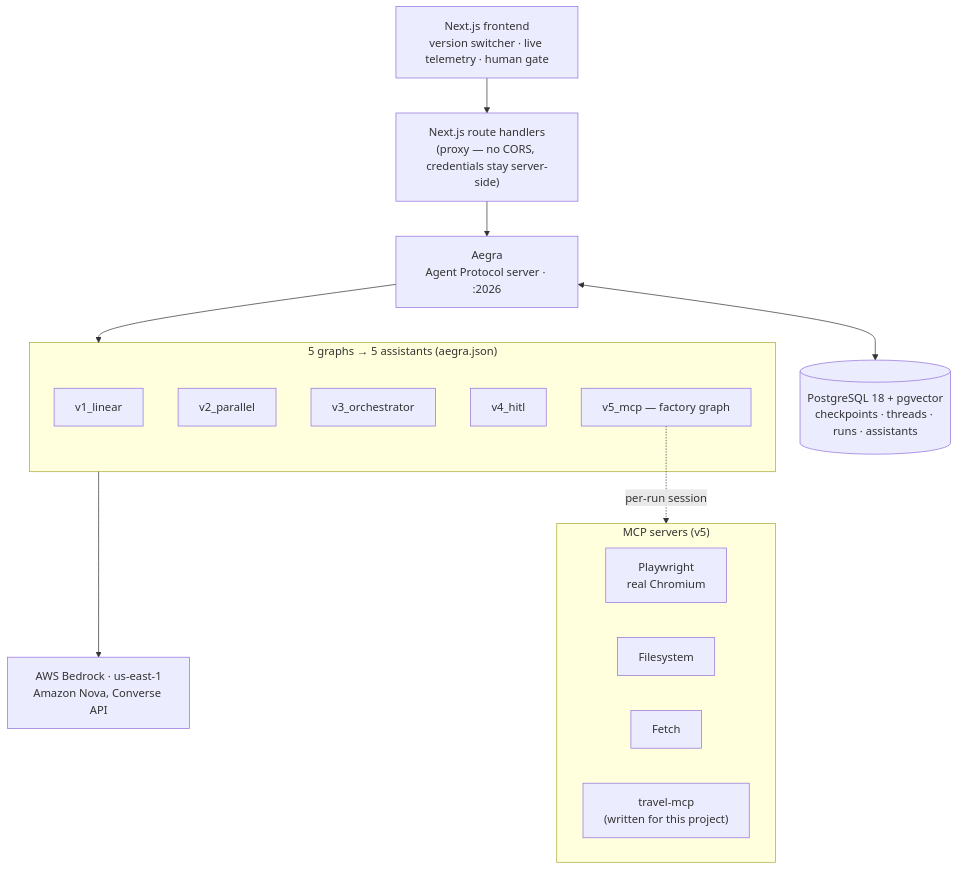
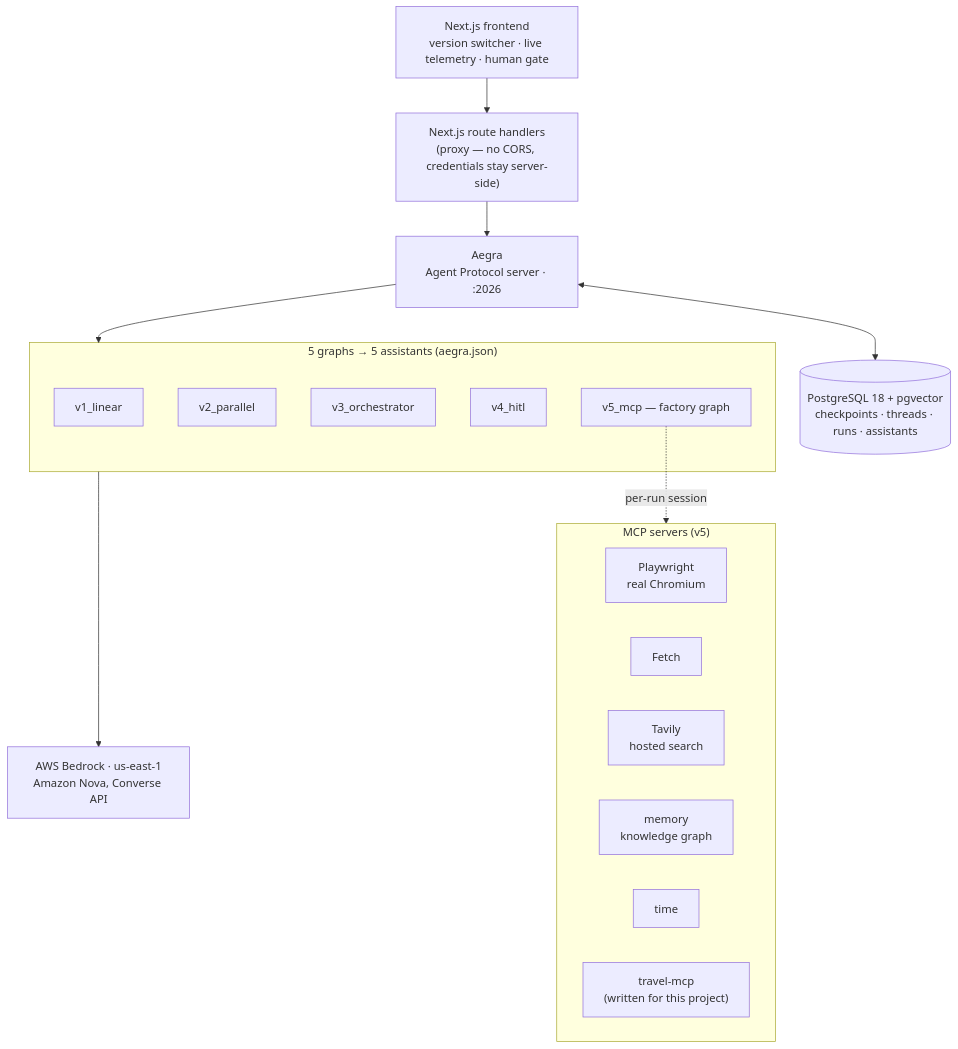
The first of 3 diagrams in README.md (adarshcod30/Travel-Planner-Agent), drawn with Mermaid before and after one commit. The commit also changed other lines of this file and 6 other files, not shown here.

````diff
--- a/README.md
+++ b/README.md
@@ -51,29 +67,31 @@
 ```mermaid
 flowchart TB
     UI["Next.js frontend<br/>version switcher · live telemetry · human gate"]
     RH["Next.js route handlers<br/>(proxy — no CORS, credentials stay server-side)"]
     AEGRA["Aegra<br/>Agent Protocol server · :2026"]
     PG[("PostgreSQL 18 + pgvector<br/>checkpoints · threads · runs · assistants")]
     BR["AWS Bedrock · us-east-1<br/>Amazon Nova, Converse API"]
 
     subgraph GRAPHS["5 graphs → 5 assistants (aegra.json)"]
         V1["v1_linear"]
         V2["v2_parallel"]
         V3["v3_orchestrator"]
         V4["v4_hitl"]
         V5["v5_mcp — factory graph"]
     end
 
     subgraph MCP["MCP servers (v5)"]
         PW["Playwright<br/>real Chromium"]
-        FS["Filesystem"]
         FT["Fetch"]
+        TV["Tavily<br/>hosted search"]
+        MEM["memory<br/>knowledge graph"]
+        TIME["time"]
         TM["travel-mcp<br/>(written for this project)"]
     end
 
     UI --> RH --> AEGRA
     AEGRA <--> PG
     AEGRA --> GRAPHS
     GRAPHS --> BR
     V5 -.per-run session.-> MCP
 ```
````
